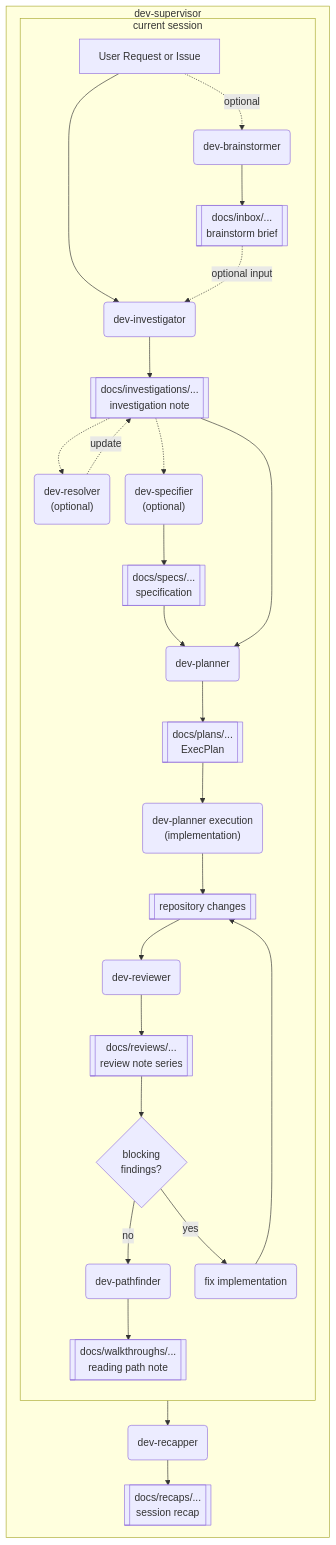
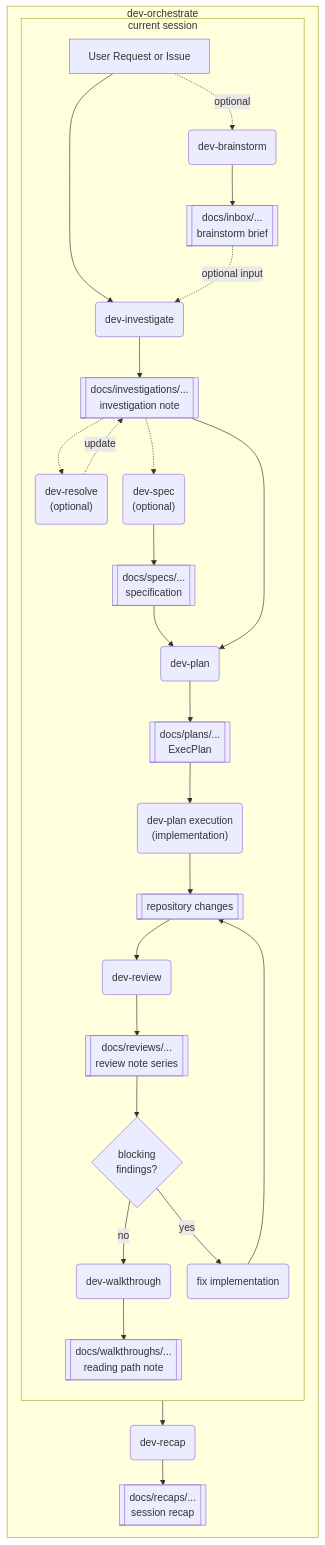
The diagram in README.md (ayatoy/skills), drawn with Mermaid before and after one commit. The commit also changed other lines of this file and 43 other files, not shown here.

````diff
--- a/README.md
+++ b/README.md
@@ -25,29 +25,29 @@
 ```mermaid
 %%{init: {'flowchart': {'nodeSpacing': 24, 'rankSpacing': 14}}}%%
 flowchart TB
-    subgraph S["dev-supervisor"]
+    subgraph S["dev-orchestrate"]
         direction TB
 
         subgraph Q["current session"]
             direction TB
 
-            A["User Request or Issue"] -. optional .-> R("dev-brainstormer") --> T[["docs/inbox/...<br/>brainstorm brief"]]
-            A["User Request or Issue"] --> B("dev-investigator") --> C[["docs/investigations/...<br/>investigation note"]]
+            A["User Request or Issue"] -. optional .-> R("dev-brainstorm") --> T[["docs/inbox/...<br/>brainstorm brief"]]
+            A["User Request or Issue"] --> B("dev-investigate") --> C[["docs/investigations/...<br/>investigation note"]]
             T -. optional input .-> B
 
-            C -.-> D("dev-resolver<br/>(optional)")
+            C -.-> D("dev-resolve<br/>(optional)")
             D -. update .-> C
 
-            C -.-> E("dev-specifier<br/>(optional)")
-            E --> G[["docs/specs/...<br/>specification"]] --> F("dev-planner")
+            C -.-> E("dev-spec<br/>(optional)")
+            E --> G[["docs/specs/...<br/>specification"]] --> F("dev-plan")
 
             C --> F
-            F --> H[["docs/plans/...<br/>ExecPlan"]] --> I("dev-planner execution<br/>(implementation)") --> J[["repository changes"]]
+            F --> H[["docs/plans/...<br/>ExecPlan"]] --> I("dev-plan execution<br/>(implementation)") --> J[["repository changes"]]
 
-            J --> K("dev-reviewer") --> M[["docs/reviews/...<br/>review note series"]] --> X{"blocking<br/>findings?"}
-            X -- no --> L("dev-pathfinder") --> N[["docs/walkthroughs/...<br/>reading path note"]]
+            J --> K("dev-review") --> M[["docs/reviews/...<br/>review note series"]] --> X{"blocking<br/>findings?"}
+            X -- no --> L("dev-walkthrough") --> N[["docs/walkthroughs/...<br/>reading path note"]]
             X -- yes --> Y("fix implementation") --> J
         end
-        Q --> O("dev-recapper") --> P[["docs/recaps/...<br/>session recap"]]
+        Q --> O("dev-recap") --> P[["docs/recaps/...<br/>session recap"]]
     end
 ```
````
